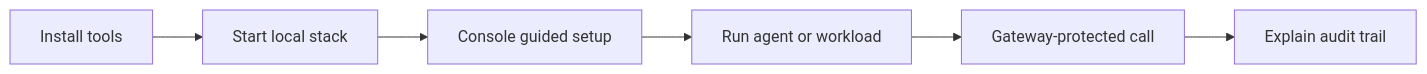
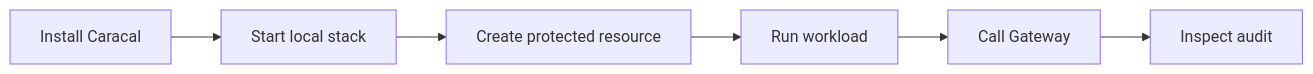
Before and after one commit to Ashutoshx7/caracal: the diagram in docs/src/content/docs/get-started/index.mdx, drawn with Mermaid. The commit also changed other lines of this file and 23 other files, not shown here.

````diff
--- a/docs/src/content/docs/get-started/index.mdx
+++ b/docs/src/content/docs/get-started/index.mdx
@@ -15,11 +30,11 @@
 ```mermaid
 flowchart LR
-  Install[Install tools]
+  Install[Install Caracal]
   Stack[Start local stack]
-  Setup[Console guided setup]
-  Run[Run agent or workload]
-  Gateway[Gateway-protected call]
-  Audit[Explain audit trail]
+  Setup[Create protected resource]
+  Run[Run workload]
+  Gateway[Call Gateway]
+  Audit[Inspect audit]
 
   Install --> Stack --> Setup --> Run --> Gateway --> Audit
 ```
````
